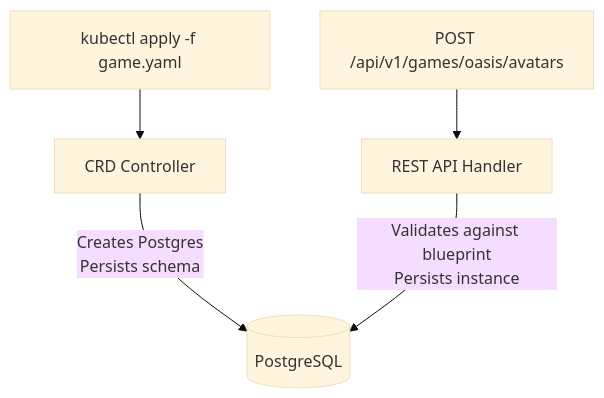
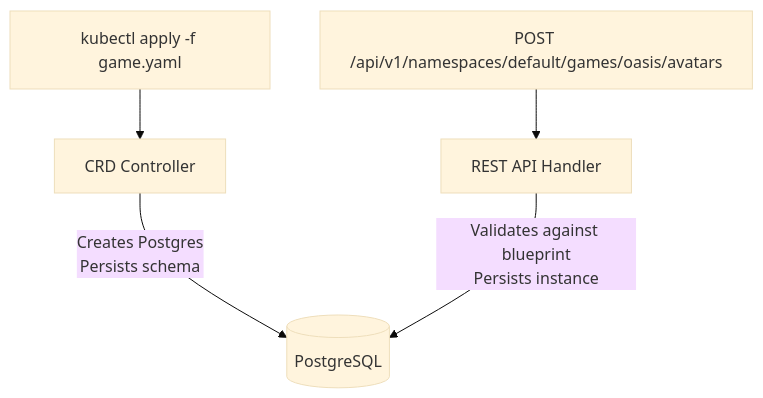
Before and after one commit to SystemCraftsman/KubeGame: the diagram in README.md, drawn with Mermaid (base theme). The commit also changed other lines of this file and 15 other files, not shown here.

````diff
--- a/README.md
+++ b/README.md
@@ -12,7 +12,7 @@
 ```mermaid
 graph TD
     A[kubectl apply -f game.yaml] --> B[CRD Controller]
-    C[POST /api/v1/games/oasis/avatars] --> D[REST API Handler]
+    C[POST /api/v1/namespaces/default/games/oasis/avatars] --> D[REST API Handler]
     B --> |Creates Postgres<br>Persists schema| E[(PostgreSQL)]
     D --> |Validates against blueprint<br>Persists instance| E
 ```
````
